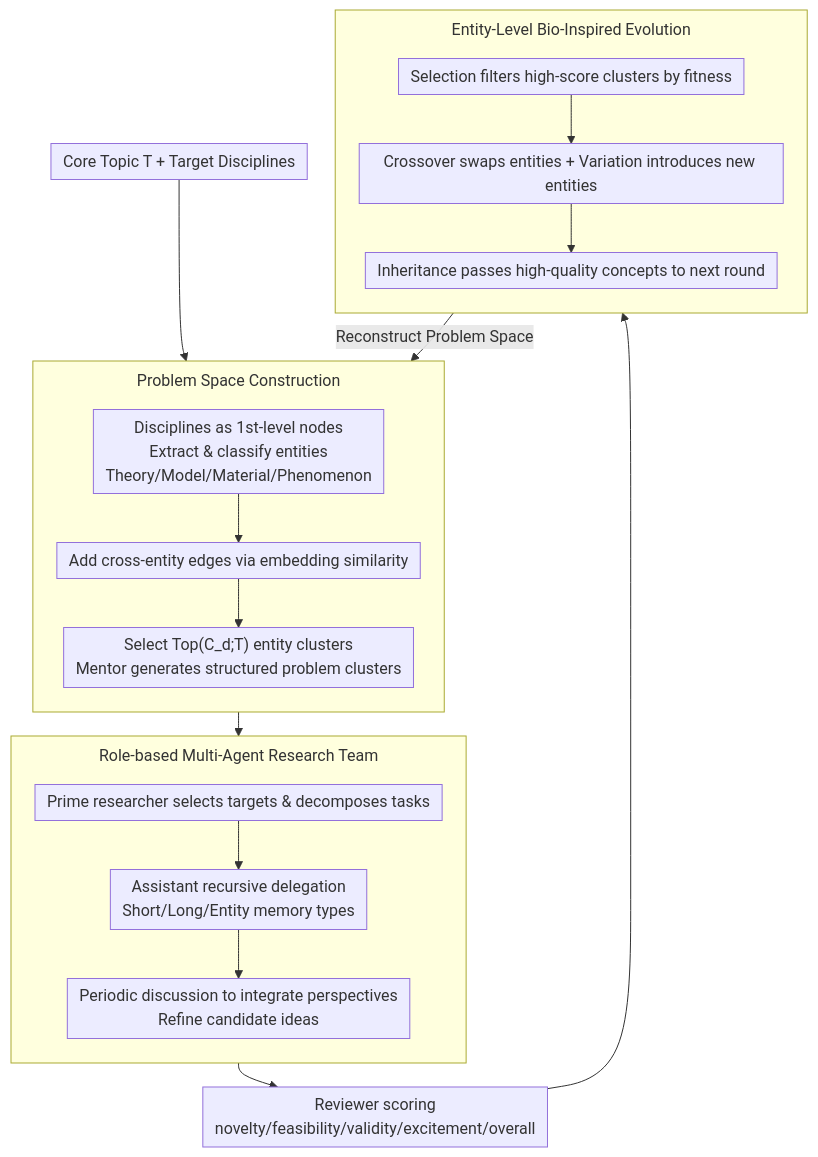
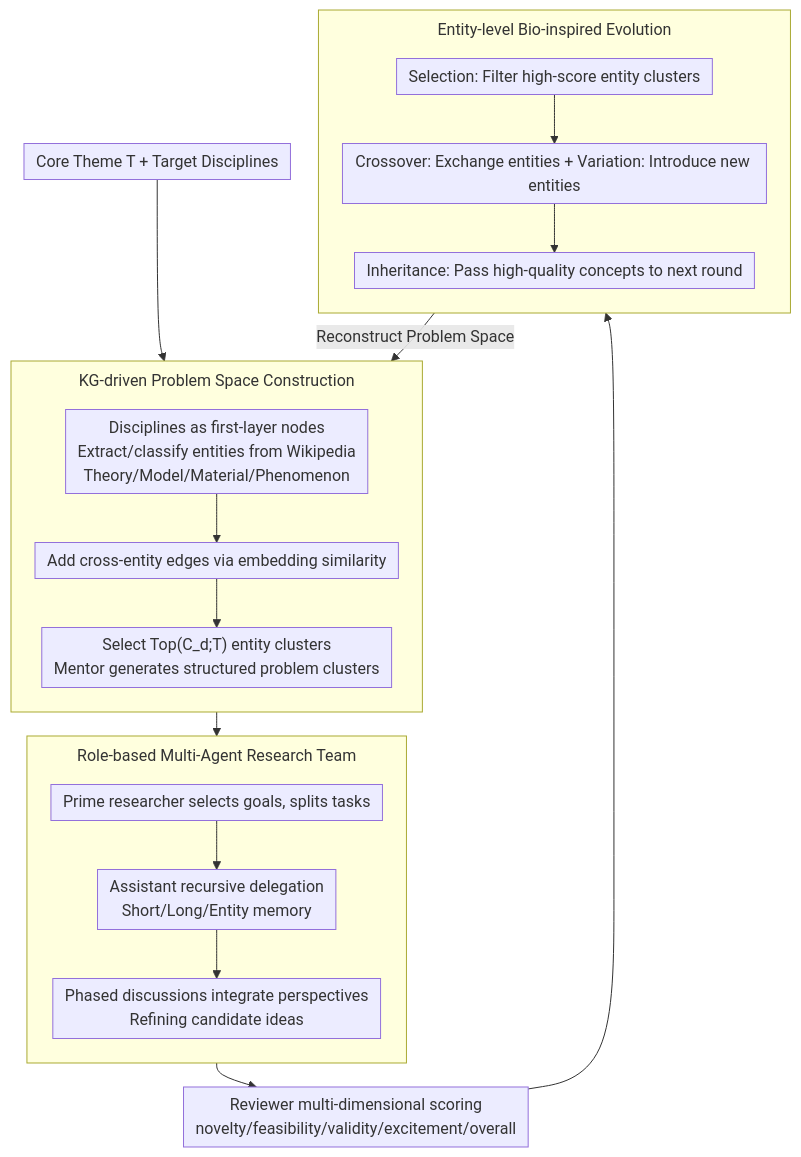
One commit to zhaoyang97/Paper-Notes-en changed the diagram in docs/ACL2026/multi_agent/evosci_a_bio-inspired_multi-agent_framework_for_the_evolution_of_scientific_disc.md. Above: the diagram before and after it, drawn with Mermaid. The commit also changed other lines of this file and 5084 other files, not shown here.

````diff
--- a/docs/ACL2026/multi_agent/evosci_a_bio-inspired_multi-agent_framework_for_the_evolution_of_scientific_disc.md
+++ b/docs/ACL2026/multi_agent/evosci_a_bio-inspired_multi-agent_framework_for_the_evolution_of_scientific_disc.md
@@ -51,26 +51,26 @@
 ```mermaid
 %%{init: {'flowchart': {'rankSpacing': 24, 'nodeSpacing': 28, 'padding': 6, 'wrappingWidth': 400, 'subGraphTitleMargin': {'top': 8, 'bottom': 16}}}}%%
 flowchart TD
-    A["Core Topic T + Target Disciplines"]
-    subgraph PS["Problem Space Construction"]
+    A["Core Theme T + Target Disciplines"]
+    subgraph PS["KG-driven Problem Space Construction"]
         direction TB
-        B["Disciplines as 1st-level nodes<br/>Extract & classify entities<br/>Theory/Model/Material/Phenomenon"] --> C["Add cross-entity edges via embedding similarity"]
+        B["Disciplines as first-layer nodes<br/>Extract/classify entities from Wikipedia<br/>Theory/Model/Material/Phenomenon"] --> C["Add cross-entity edges via embedding similarity"]
         C --> D["Select Top(C_d;T) entity clusters<br/>Mentor generates structured problem clusters"]
     end
     subgraph CR["Role-based Multi-Agent Research Team"]
         direction TB
-        E["Prime researcher selects targets & decomposes tasks"] --> F["Assistant recursive delegation<br/>Short/Long/Entity memory types"]
-        F --> G["Periodic discussion to integrate perspectives<br/>Refine candidate ideas"]
+        E["Prime researcher selects goals, splits tasks"] --> F["Assistant recursive delegation<br/>Short/Long/Entity memory"]
+        F --> G["Phased discussions integrate perspectives<br/>Refining candidate ideas"]
     end
-    H["Reviewer scoring<br/>novelty/feasibility/validity/excitement/overall"]
-    subgraph EV["Entity-Level Bio-Inspired Evolution"]
+    H["Reviewer multi-dimensional scoring<br/>novelty/feasibility/validity/excitement/overall"]
+    subgraph EV["Entity-level Bio-inspired Evolution"]
         direction TB
-        I["Selection filters high-score clusters by fitness"] --> J["Crossover swaps entities + Variation introduces new entities"]
-        J --> K["Inheritance passes high-quality concepts to next round"]
+        I["Selection: Filter high-score entity clusters"] --> J["Crossover: Exchange entities + Variation: Introduce new entities"]
+        J --> K["Inheritance: Pass high-quality concepts to next round"]
     end
     A --> PS
     PS --> CR
     CR --> H
     H --> EV
     EV -->|Reconstruct Problem Space| PS
 ```
````
